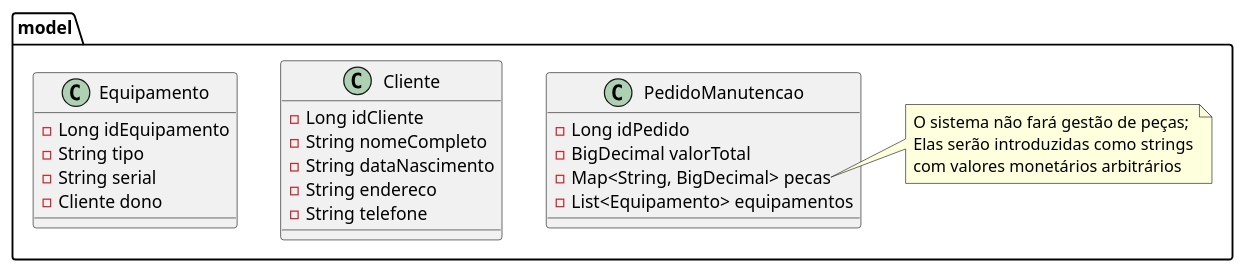
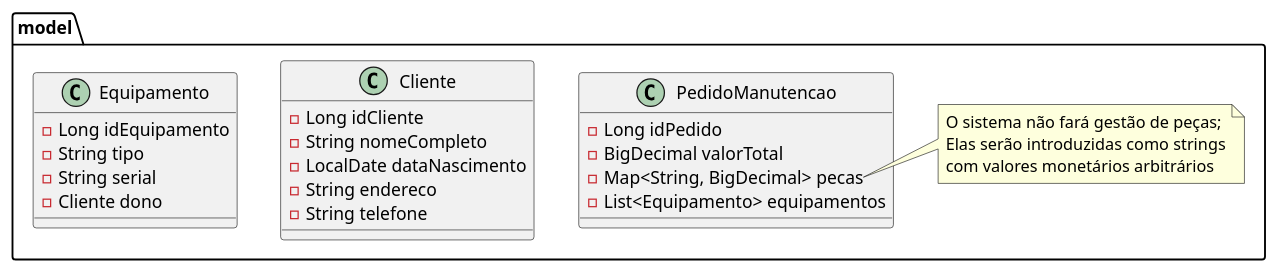
The second of 2 diagrams in README.md (radialserial/Mixer), drawn with PlantUML before and after one commit.

Commit message:
fix(README): make dataNascimento use LocalDate

````diff
--- a/README.md
+++ b/README.md
@@ -11,37 +11,37 @@
 ```plantuml
 @startuml
 
 package model {
 
     class Cliente {
         - Long idCliente
         - String nomeCompleto
-        - String dataNascimento
+        - LocalDate dataNascimento
         - String endereco
         - String telefone
     }
 
     class Equipamento {
         - Long idEquipamento
         - String tipo
         - String serial
         - Cliente dono
     }
 
     class PedidoManutencao {
         - Long idPedido
         - BigDecimal valorTotal
         - Map<String, BigDecimal> pecas
         - List<Equipamento> equipamentos
     }
 
     note right of PedidoManutencao::pecas
         O sistema não fará gestão de peças;
         Elas serão introduzidas como strings
         com valores monetários arbitrários
     end note
 
 }
 
 @enduml
 ```
````
